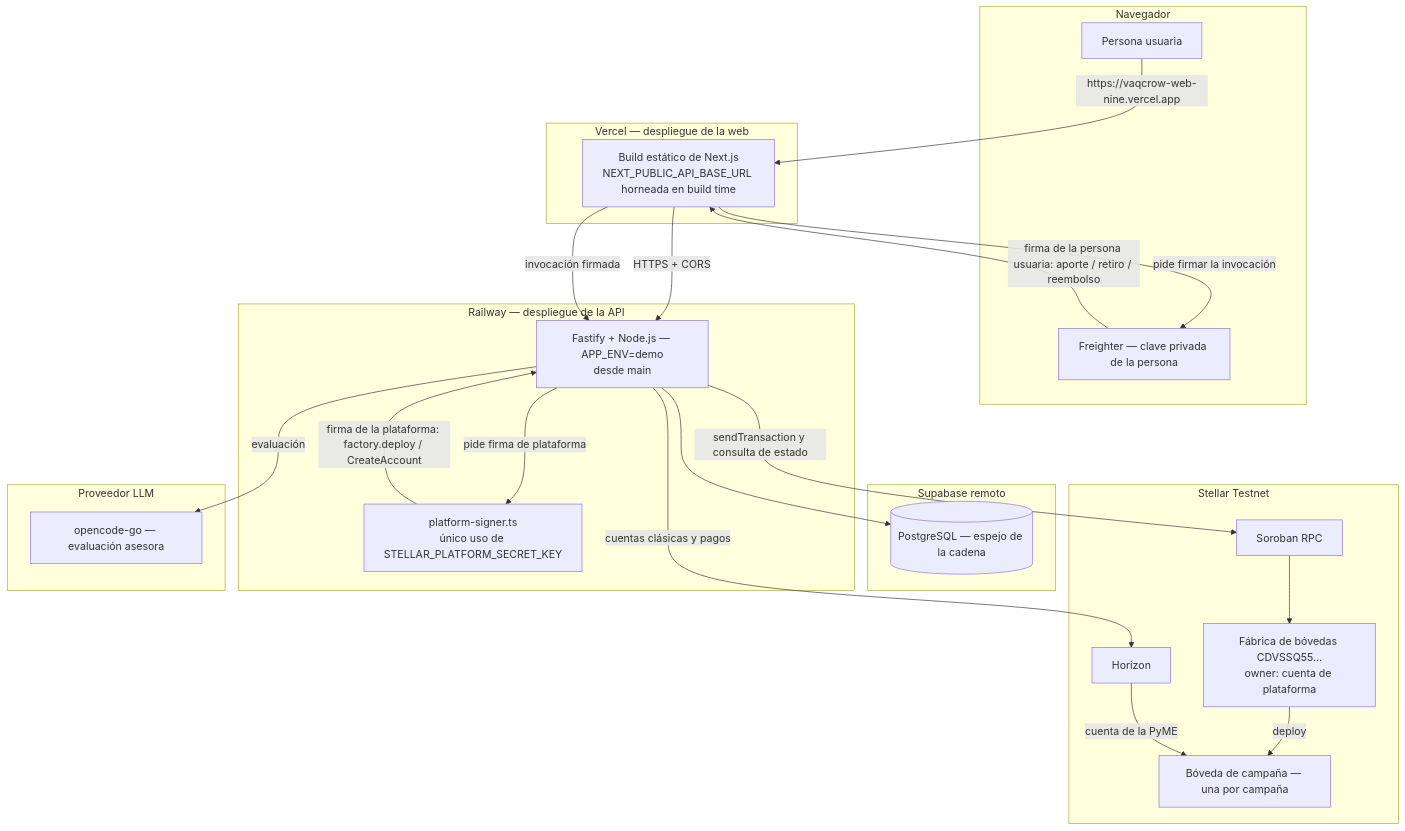
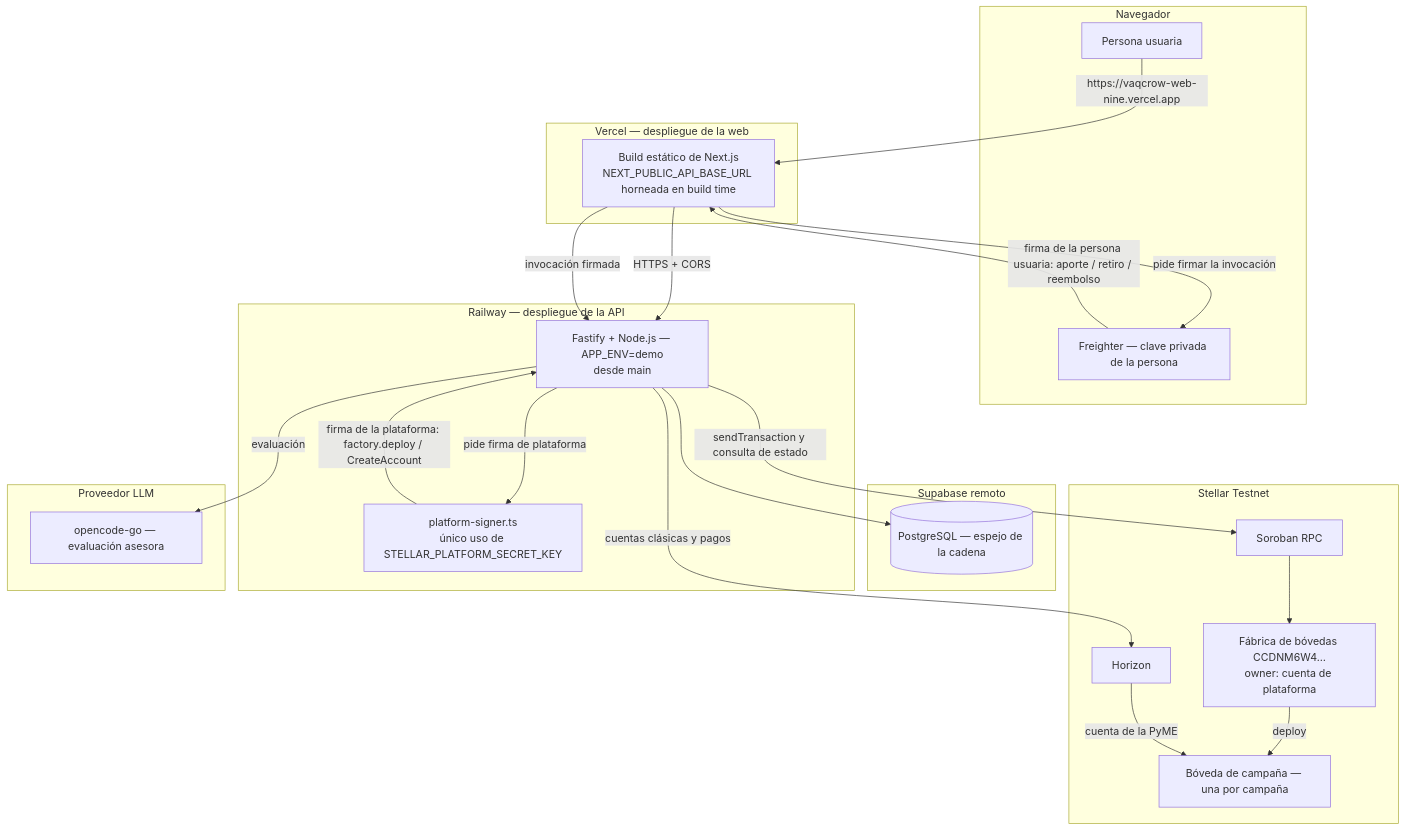
The second of 3 diagrams in README.md (reyduar/Vaqcrow), drawn with Mermaid before and after one commit. The commit also changed other lines of this file and 6 other files, not shown here.

````diff
--- a/README.md
+++ b/README.md
@@ -140,46 +140,46 @@
 ```mermaid
 graph TB
     subgraph "Navegador"
         USER["Persona usuaria"]
         FREIGHTER["Freighter — clave privada de la persona"]
     end
 
     subgraph "Vercel — despliegue de la web"
         WEB["Build estático de Next.js<br/>NEXT_PUBLIC_API_BASE_URL horneada en build time"]
     end
 
     subgraph "Railway — despliegue de la API"
         API["Fastify + Node.js — APP_ENV=demo<br/>desde main"]
         SIGNER["platform-signer.ts<br/>único uso de STELLAR_PLATFORM_SECRET_KEY"]
     end
 
     subgraph "Supabase remoto"
         DB[("PostgreSQL — espejo de la cadena")]
     end
 
     subgraph "Stellar Testnet"
         RPC["Soroban RPC"]
         HORIZON["Horizon"]
-        FACTORY["Fábrica de bóvedas CDVSSQ55…<br/>owner: cuenta de plataforma"]
+        FACTORY["Fábrica de bóvedas CCDNM6W4…<br/>owner: cuenta de plataforma"]
         VAULT["Bóveda de campaña — una por campaña"]
     end
 
     subgraph "Proveedor LLM"
         LLM["opencode-go — evaluación asesora"]
     end
 
     USER -->|"https://vaqcrow-web-nine.vercel.app"| WEB
     WEB -->|"HTTPS + CORS"| API
     WEB -->|"pide firmar la invocación"| FREIGHTER
     FREIGHTER -->|"firma de la persona usuaria: aporte / retiro / reembolso"| WEB
     WEB -->|"invocación firmada"| API
     API --> DB
     API -->|"sendTransaction y consulta de estado"| RPC
     API -->|"cuentas clásicas y pagos"| HORIZON
     API -->|"evaluación"| LLM
     API -->|"pide firma de plataforma"| SIGNER
     SIGNER -->|"firma de la plataforma: factory.deploy / CreateAccount"| API
     RPC --> FACTORY
     FACTORY -->|"deploy"| VAULT
     HORIZON -->|"cuenta de la PyME"| VAULT
 ```
````
